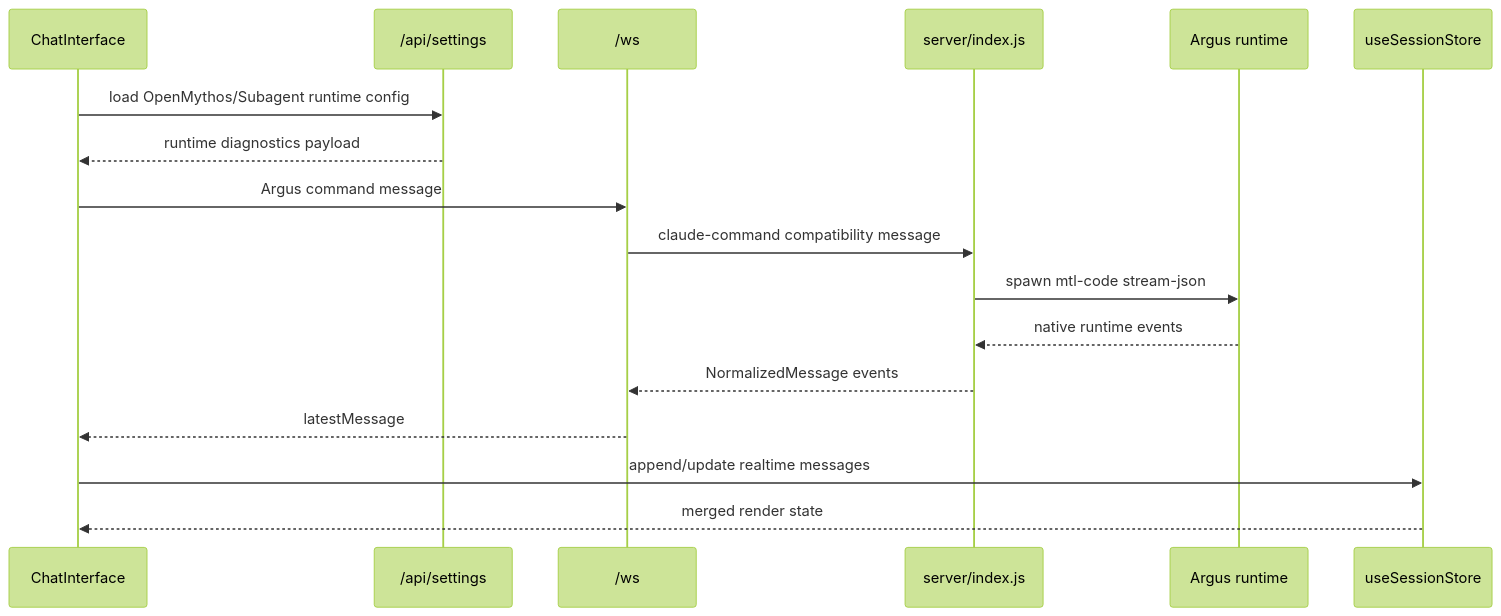
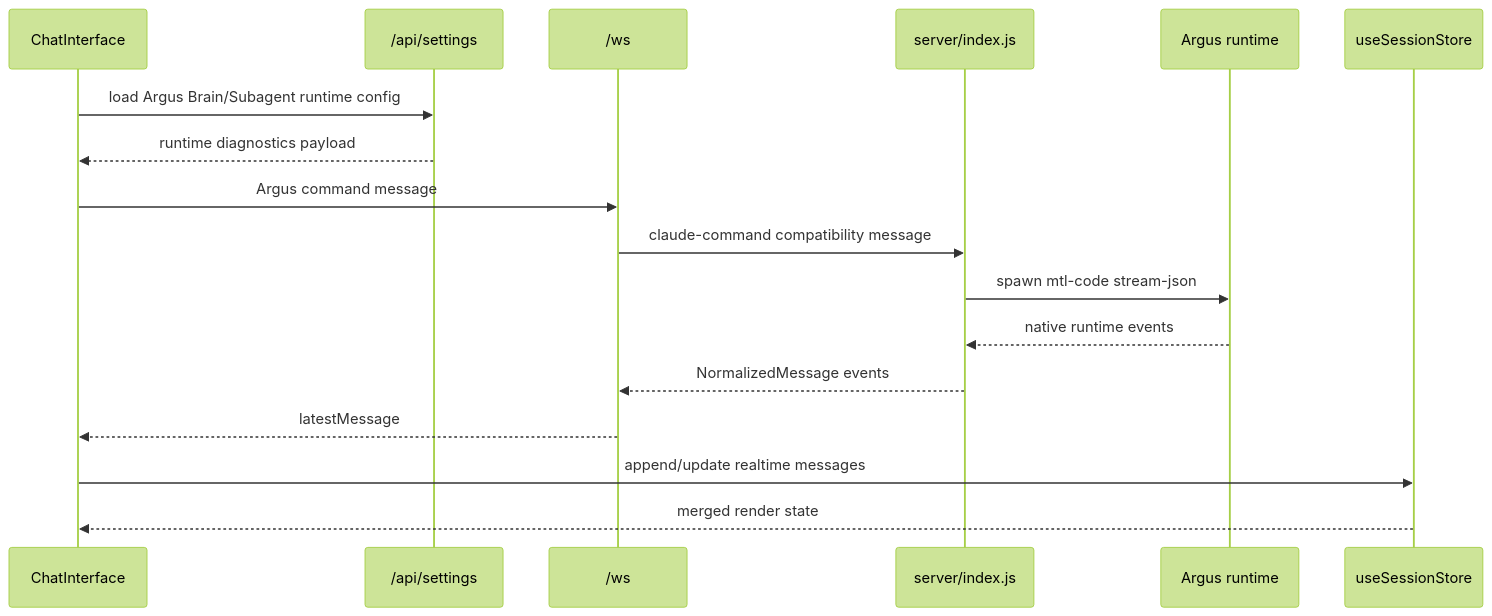
One commit to wyy-debug/AIINWORK changed the second of 5 diagrams in claudecodeui/docs/knowledge/04-runtime-flows.md. Above: the diagram before and after it, drawn with Mermaid (forest theme). The commit also changed other lines of this file and 43 other files, not shown here.

Commit message:
feat: replace OpenMythos with Argus Brain runtime

````diff
--- a/claudecodeui/docs/knowledge/04-runtime-flows.md
+++ b/claudecodeui/docs/knowledge/04-runtime-flows.md
@@ -68,20 +68,20 @@
 ```mermaid
 sequenceDiagram
   participant Chat as ChatInterface
   participant Settings as /api/settings
   participant WS as /ws
   participant Server as server/index.js
   participant Runtime as Argus runtime
   participant Store as useSessionStore
 
-  Chat->>Settings: load OpenMythos/Subagent runtime config
+  Chat->>Settings: load Argus Brain/Subagent runtime config
   Settings-->>Chat: runtime diagnostics payload
   Chat->>WS: Argus command message
   WS->>Server: claude-command compatibility message
   Server->>Runtime: spawn mtl-code stream-json
   Runtime-->>Server: native runtime events
   Server-->>WS: NormalizedMessage events
   WS-->>Chat: latestMessage
   Chat->>Store: append/update realtime messages
   Store-->>Chat: merged render state
 ```
````
